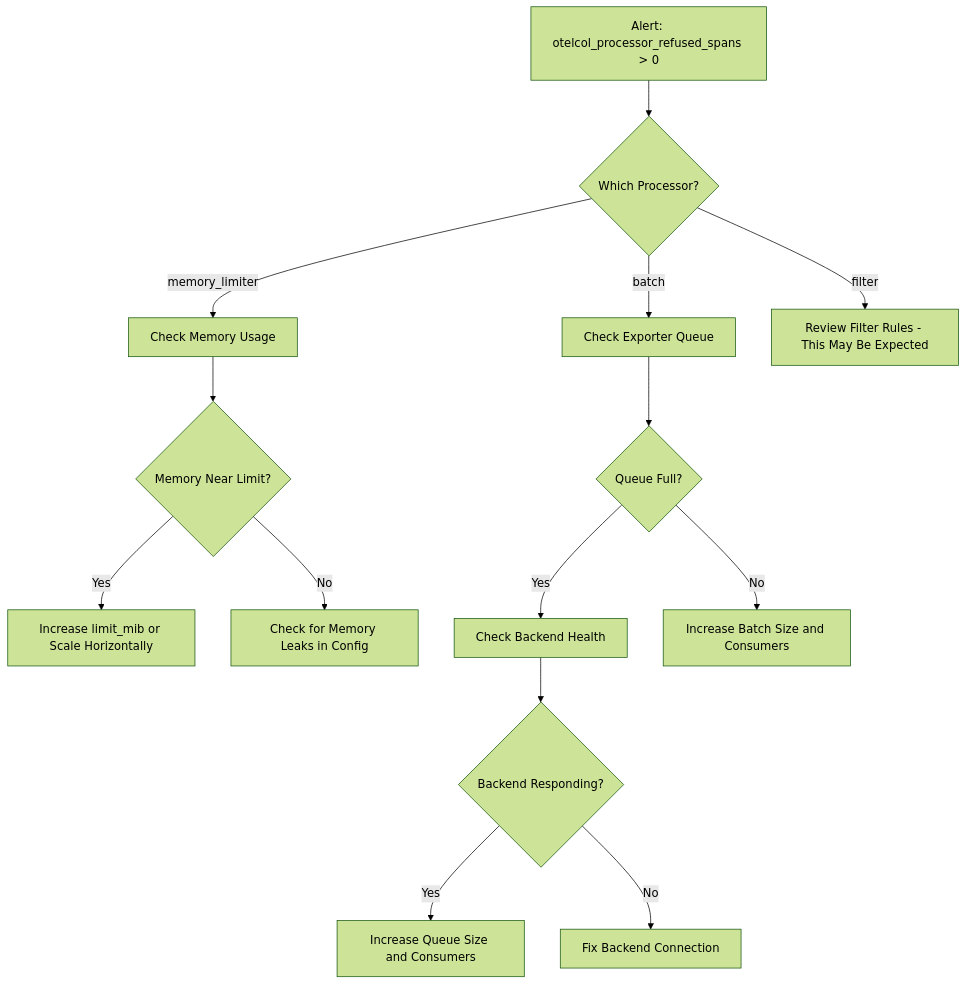
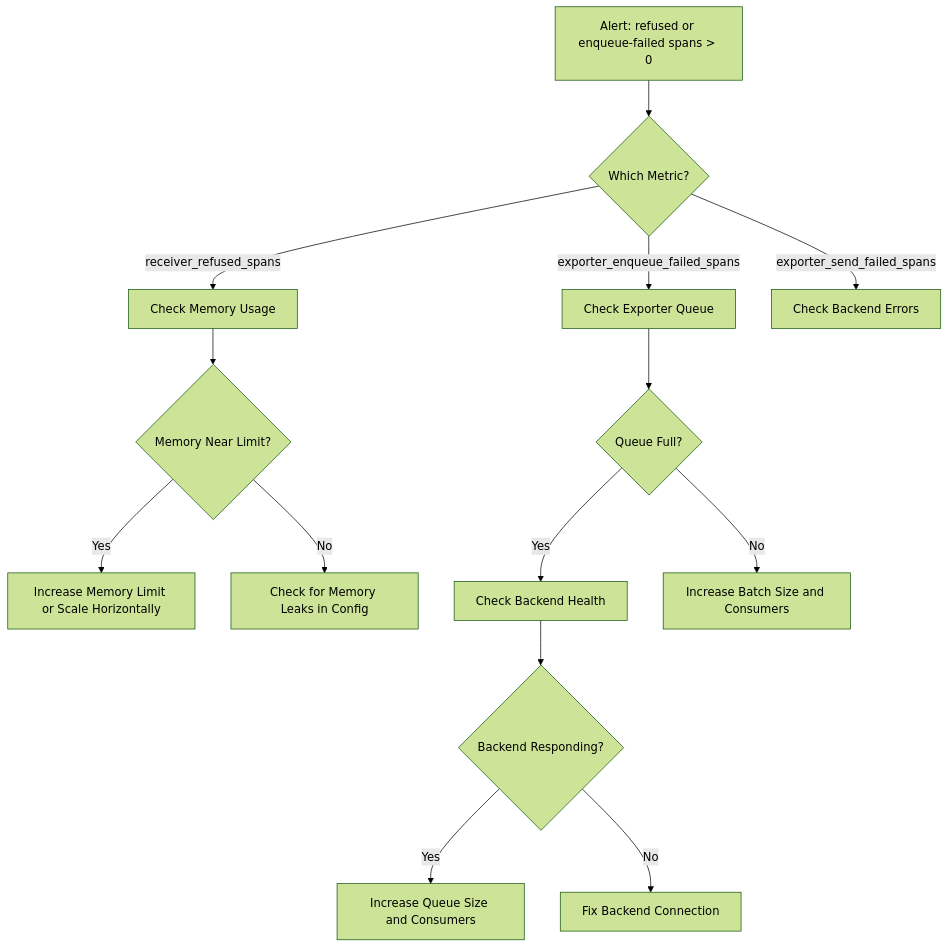
One commit to OneUptime/blog changed the second of 2 diagrams in posts/2026-02-06-fix-otelcol-processor-refused-spans-data-loss/README.md. Above: the diagram before and after it, drawn with Mermaid (forest theme). The commit also changed other lines of this file and 2 other files, not shown here.

Commit message:
validate: 2026-02-06-fix-otelcol-processor-refused-spans-data-loss

````diff
--- a/posts/2026-02-06-fix-otelcol-processor-refused-spans-data-loss/README.md
+++ b/posts/2026-02-06-fix-otelcol-processor-refused-spans-data-loss/README.md
@@ -320,19 +329,19 @@
 ```mermaid
 graph TD
-    A[Alert: otelcol_processor_refused_spans > 0] --> B{Which Processor?}
-    B -->|memory_limiter| C[Check Memory Usage]
-    B -->|batch| D[Check Exporter Queue]
-    B -->|filter| E[Review Filter Rules - This May Be Expected]
+    A[Alert: refused or enqueue-failed spans > 0] --> B{Which Metric?}
+    B -->|receiver_refused_spans| C[Check Memory Usage]
+    B -->|exporter_enqueue_failed_spans| D[Check Exporter Queue]
+    B -->|exporter_send_failed_spans| E[Check Backend Errors]
 
     C --> F{Memory Near Limit?}
-    F -->|Yes| G[Increase limit_mib or Scale Horizontally]
+    F -->|Yes| G[Increase Memory Limit or Scale Horizontally]
     F -->|No| H[Check for Memory Leaks in Config]
 
     D --> I{Queue Full?}
     I -->|Yes| J[Check Backend Health]
     I -->|No| K[Increase Batch Size and Consumers]
 
     J --> L{Backend Responding?}
     L -->|Yes| M[Increase Queue Size and Consumers]
     L -->|No| N[Fix Backend Connection]
 ```
````
